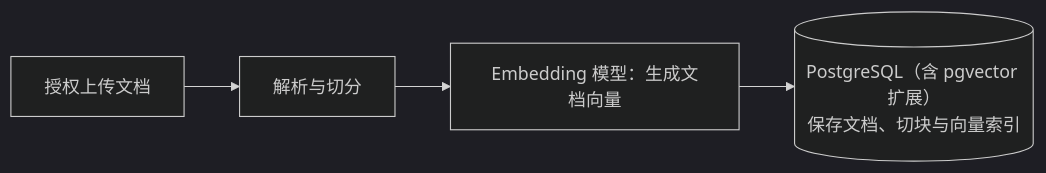
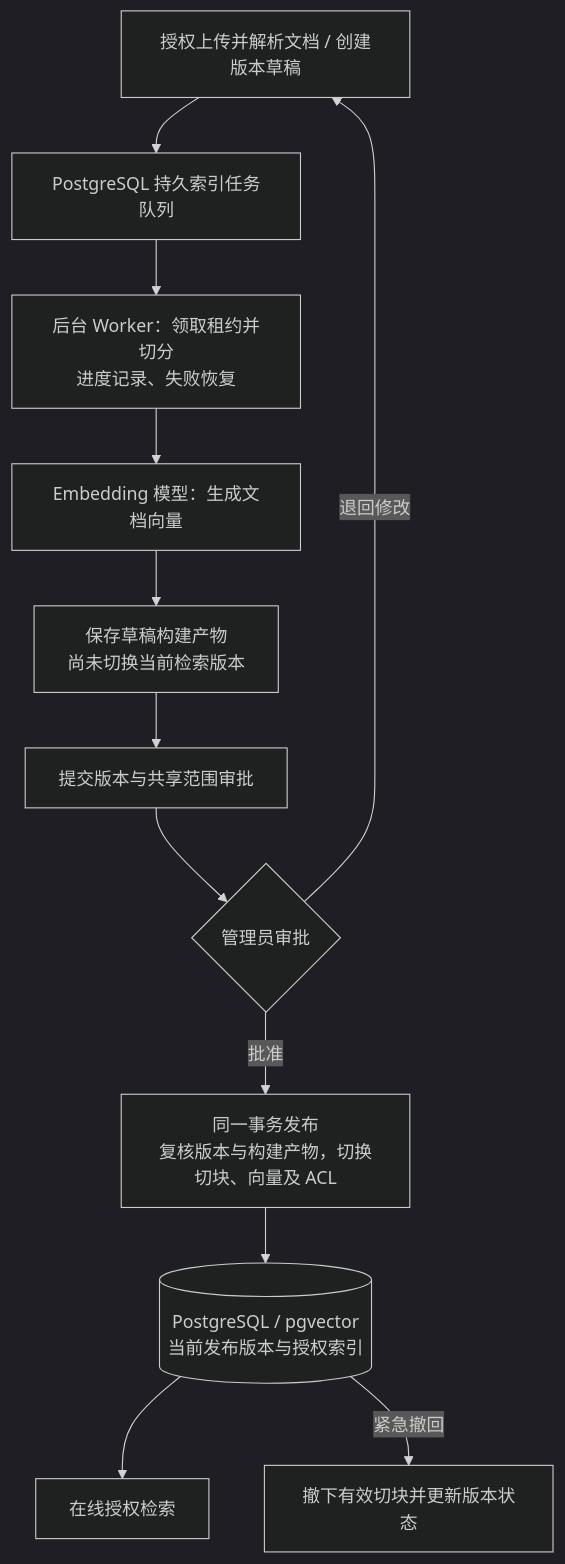
The second of 2 diagrams in README.md (thxuan/knowledgeops-copilot), drawn with Mermaid (dark theme) before and after one commit. The commit also changed other lines of this file, not shown here.

Commit message:
Update architecture diagrams for Agent and document publication

````diff
--- a/README.md
+++ b/README.md
@@ -70,6 +79,14 @@
 ```mermaid
-flowchart LR
-    D[授权上传文档] --> P[解析与切分]
-    P --> E[Embedding 模型：生成文档向量]
-    E --> DB[(PostgreSQL（含 pgvector 扩展）<br/>保存文档、切块与向量索引)]
+flowchart TB
+    D[授权上传并解析文档 / 创建版本草稿] --> J[PostgreSQL 持久索引任务队列]
+    J --> K[后台 Worker：领取租约并切分<br/>进度记录、失败恢复]
+    K --> E[Embedding 模型：生成文档向量]
+    E --> B[保存草稿构建产物<br/>尚未切换当前检索版本]
+    B --> S[提交版本与共享范围审批]
+    S --> A{管理员审批}
+    A -->|退回修改| D
+    A -->|批准| P[同一事务发布<br/>复核版本与构建产物，切换切块、向量及 ACL]
+    P --> DB[(PostgreSQL / pgvector<br/>当前发布版本与授权索引)]
+    DB --> R[在线授权检索]
+    DB -->|紧急撤回| W[撤下有效切块并更新版本状态]
 ```
````
